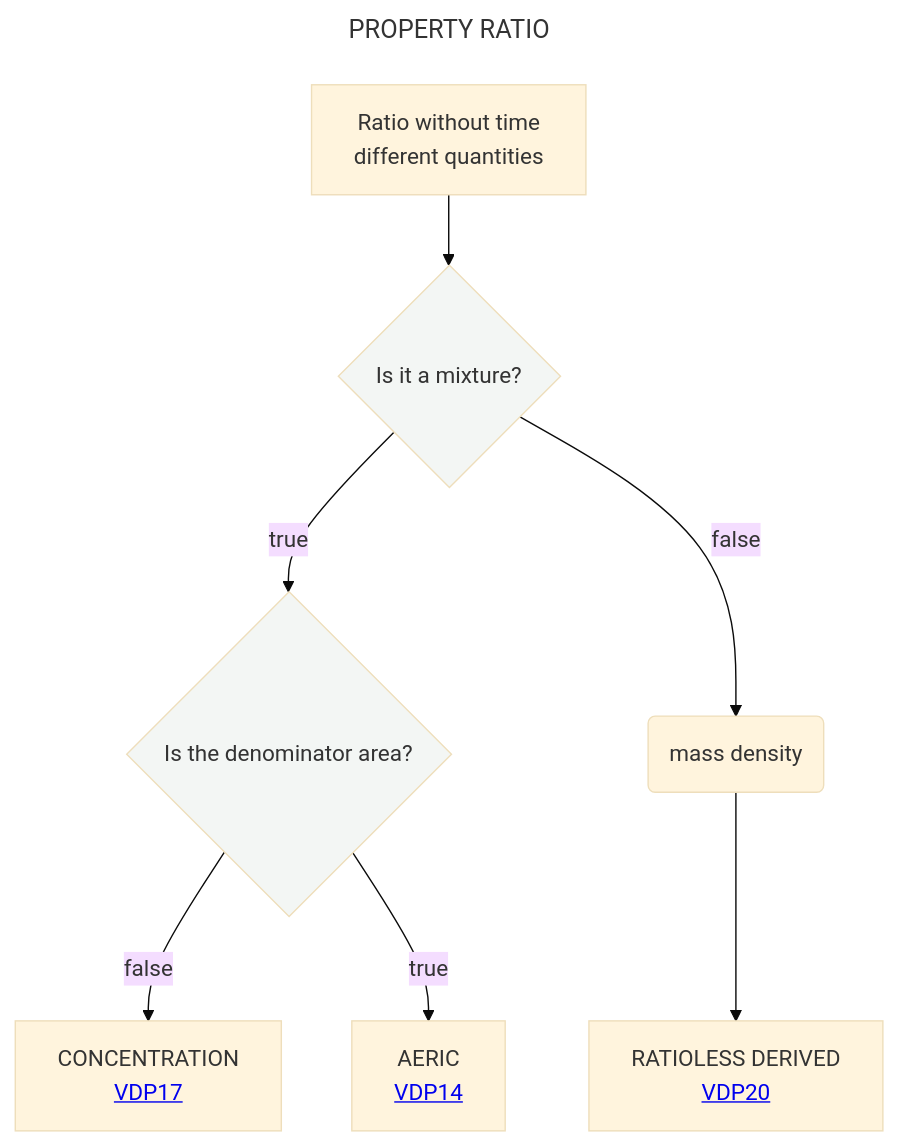
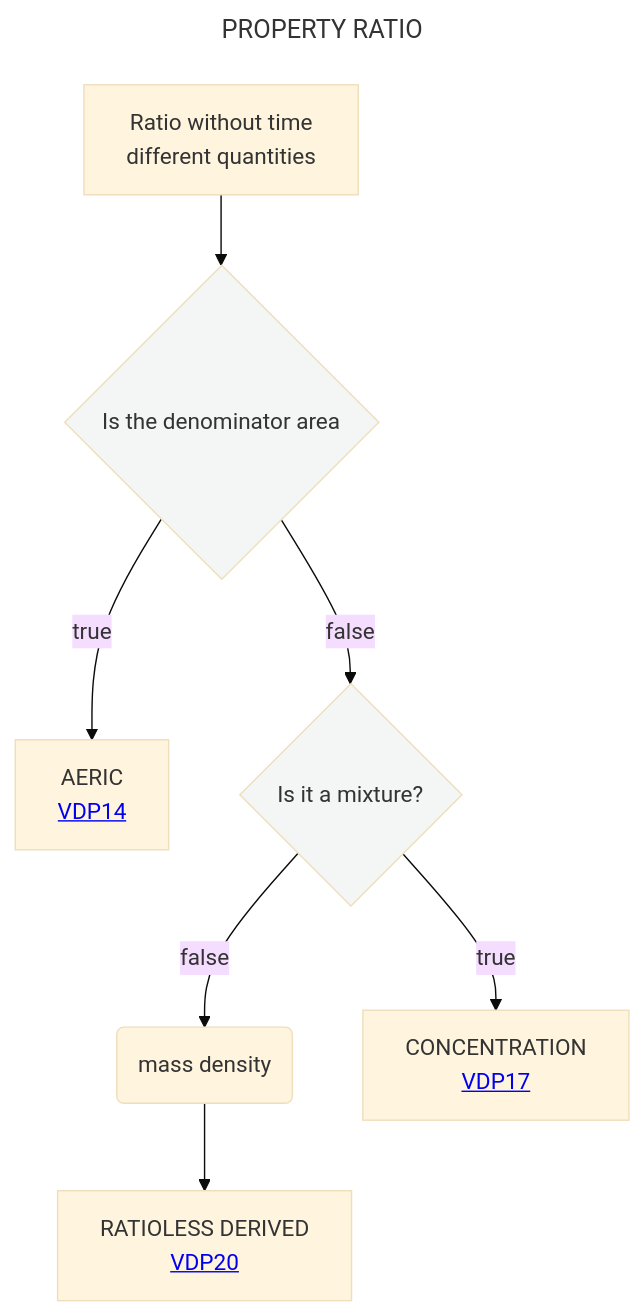
The diagram in Decisition_trees/DT4.mmd (mabablue/I-ADOPT-patterns-playground), drawn with Mermaid (base theme) before and after one commit.

```diff
--- a/Decisition_trees/DT4.mmd
+++ b/Decisition_trees/DT4.mmd
@@ -1,14 +1,14 @@
 ---
 title: PROPERTY RATIO
 ---
 flowchart TD
-    A[Ratio without time <br> different quantities] --> B{Is it a mixture?}:::white
-    B --> |true|D{Is the denominator area?}:::white
-    B --> |false|E(mass density)
-    E --> F[RATIOLESS DERIVED <br> <a href='https://github.com/mabablue/I-ADOPT-patterns-playground/blob/main/pattern/VDP20.yaml'>VDP20</a>]
-    D --> |false|T[CONCENTRATION <br> <a href='https://github.com/mabablue/I-ADOPT-patterns-playground/blob/main/pattern/VDP17.yaml'>VDP17</a>]
-    D --> |true|C[AERIC <br> <a href='https://github.com/mabablue/I-ADOPT-patterns-playground/blob/main/pattern/VDP14.yaml'>VDP14</a>]
+    A[Ratio without time <br> different quantities] --> B{Is the denominator area}:::white
+    B --> |true|C[AERIC <br> <a href='https://github.com/mabablue/I-ADOPT-patterns-playground/blob/main/pattern/VDP14.yaml'>VDP14</a>]
+    B --> |false|E{Is it a mixture?}:::white
+    E --> |false|F(mass density)
+    F --> G[RATIOLESS DERIVED <br> <a href='https://github.com/mabablue/I-ADOPT-patterns-playground/blob/main/pattern/VDP20.yaml'>VDP20</a>]
+    E--> |true|H[CONCENTRATION <br> <a href='https://github.com/mabablue/I-ADOPT-patterns-playground/blob/main/pattern/VDP17.yaml'>VDP17</a>]
    classDef blue fill:#90D5FF
    classDef satblue fill:#57B9FF 
    classDef white fill:#f3f6f4
    classDef green fill:#6aa84f
```
